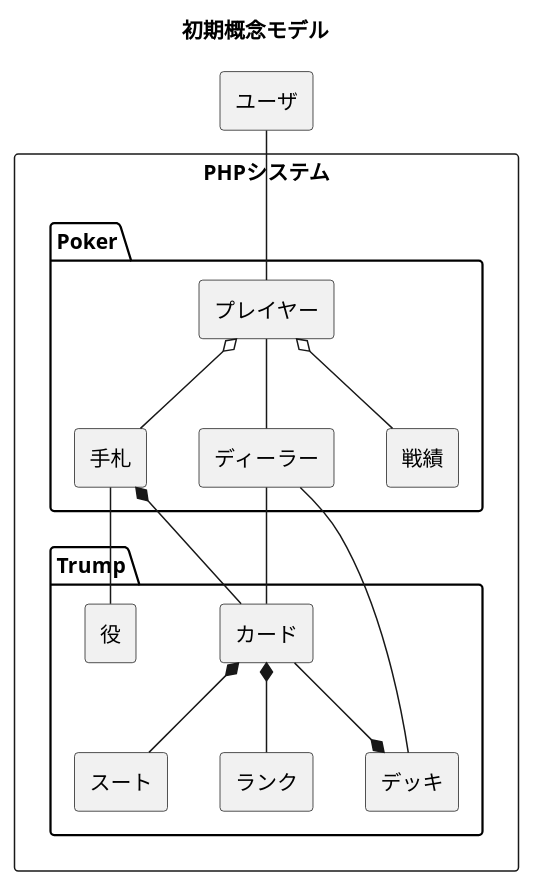
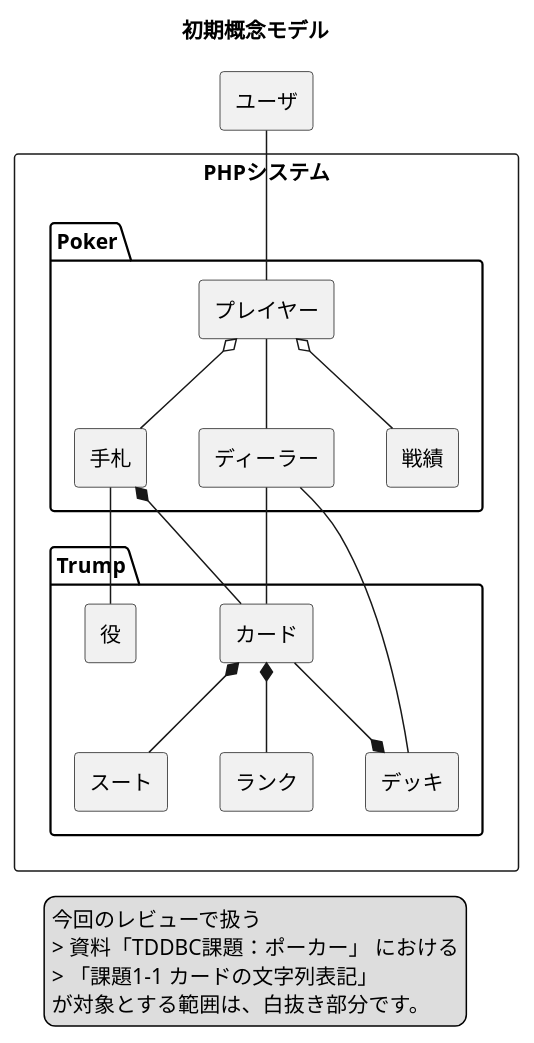
One commit to Kimita/mobpair_with_mohira changed the diagram in docs/domain-model.puml. Above: the diagram before and after it, drawn with PlantUML.

Commit message:
初期概念モデル図のPlantUML記述へ、前回コミット時に差し込んだ説明文を追記した。

```diff
--- a/docs/domain-model.puml
+++ b/docs/domain-model.puml
@@ -1,41 +1,47 @@
 @startuml
 
 title: 初期概念モデル
 
 agent ユーザ
 
 rectangle PHPシステム {
     package Trump {
         agent デッキ
         agent カード
         agent スート
         agent ランク
         agent 役
     }
 
     package Poker {
         agent プレイヤー
         agent ディーラー
         agent 手札
         agent 戦績
     }
 }
 
 ユーザ -- プレイヤー
 
 カード *-- スート
 カード *-- ランク
 デッキ *-u- カード
 
 手札 *-- カード
 プレイヤー o-- 手札
 プレイヤー o-- 戦績
 
 ディーラー -- デッキ
 ディーラー -- カード
 ディーラー -u- プレイヤー
 
 手札 -- 役
 
+legend
+今回のレビューで扱う
+> 資料「TDDBC課題：ポーカー」 における
+> 「課題1-1 カードの文字列表記」
+が対象とする範囲は、白抜き部分です。
+end legend
 
 @enduml
```
